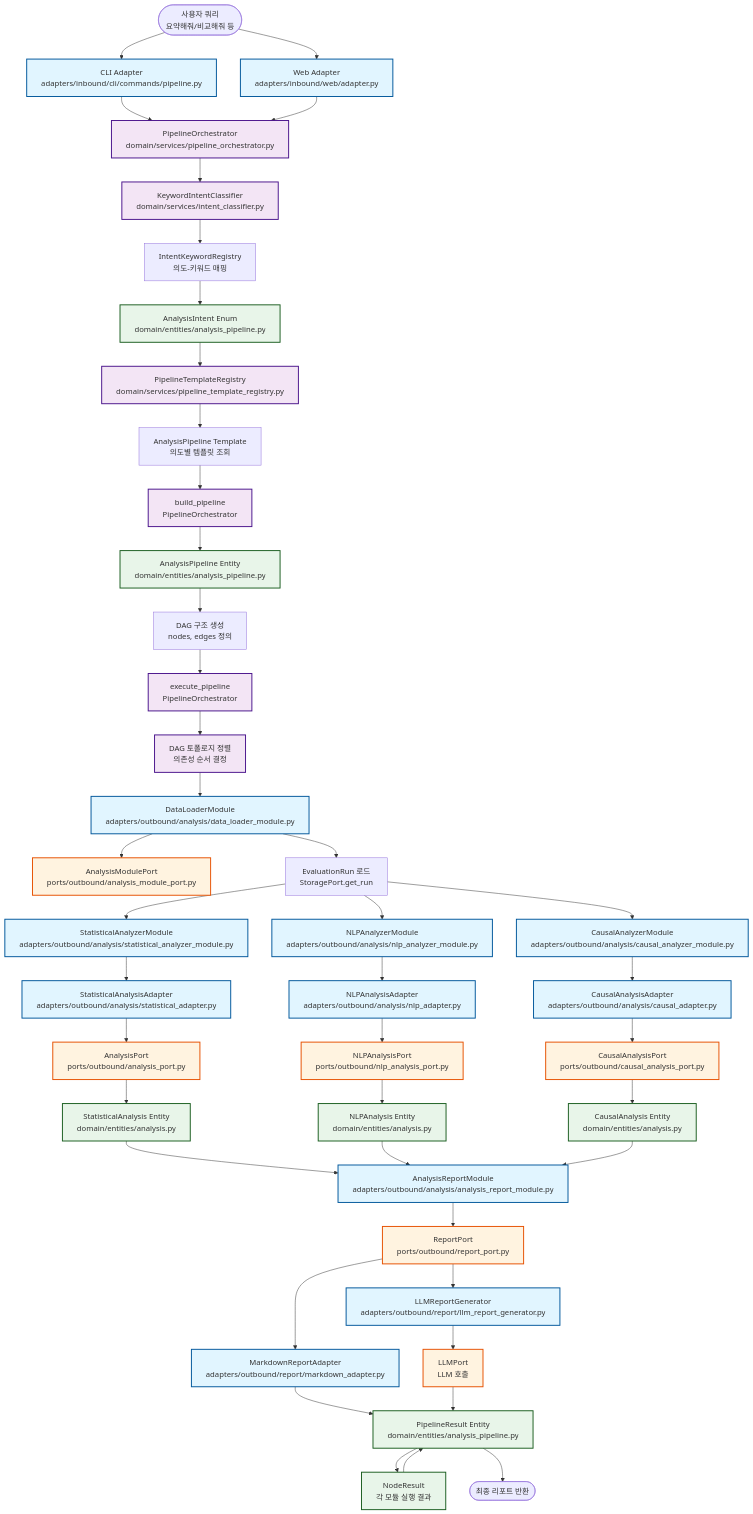
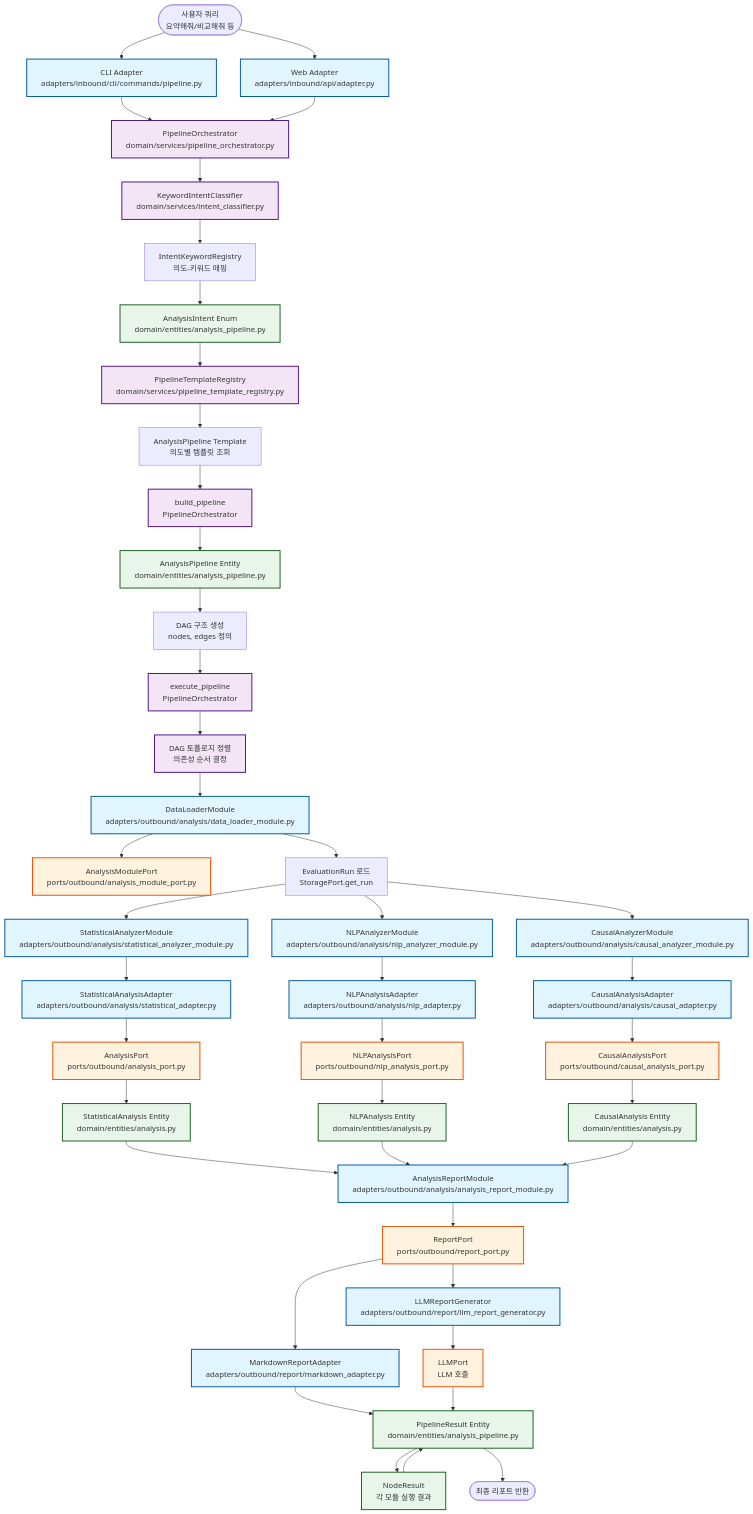
One commit to ntts9990/EvalVault changed the second of 6 diagrams in docs/internal/reference/PROJECT_MAP.md. Above: the diagram before and after it, drawn with Mermaid. The commit also changed other lines of this file and 26 other files, not shown here.

````diff
--- a/docs/internal/reference/PROJECT_MAP.md
+++ b/docs/internal/reference/PROJECT_MAP.md
@@ -638,76 +634,76 @@
 ```mermaid
 flowchart TD
     Start([사용자 쿼리<br/>요약해줘/비교해줘 등]) --> CLI[CLI Adapter<br/>adapters/inbound/cli/commands/pipeline.py]
-    Start --> Web[Web Adapter<br/>adapters/inbound/web/adapter.py]
+    Start --> Web[Web Adapter<br/>adapters/inbound/api/adapter.py]
 
     CLI --> PipelineOrch[PipelineOrchestrator<br/>domain/services/pipeline_orchestrator.py]
     Web --> PipelineOrch
 
     PipelineOrch --> IntentClassifier[KeywordIntentClassifier<br/>domain/services/intent_classifier.py]
 
     IntentClassifier --> IntentKeywordRegistry[IntentKeywordRegistry<br/>의도-키워드 매핑]
     IntentKeywordRegistry --> AnalysisIntent[AnalysisIntent Enum<br/>domain/entities/analysis_pipeline.py]
 
     AnalysisIntent --> TemplateRegistry[PipelineTemplateRegistry<br/>domain/services/pipeline_template_registry.py]
 
     TemplateRegistry --> Template[AnalysisPipeline Template<br/>의도별 템플릿 조회]
 
     Template --> BuildPipeline[build_pipeline<br/>PipelineOrchestrator]
 
     BuildPipeline --> AnalysisPipeline[AnalysisPipeline Entity<br/>domain/entities/analysis_pipeline.py]
 
     AnalysisPipeline --> DAG[DAG 구조 생성<br/>nodes, edges 정의]
 
     DAG --> ExecutePipeline[execute_pipeline<br/>PipelineOrchestrator]
 
     ExecutePipeline --> TopologySort[DAG 토폴로지 정렬<br/>의존성 순서 결정]
 
     TopologySort --> DataLoader[DataLoaderModule<br/>adapters/outbound/analysis/data_loader_module.py]
 
     DataLoader --> AnalysisModulePort[AnalysisModulePort<br/>ports/outbound/analysis_module_port.py]
 
     DataLoader --> LoadRun[EvaluationRun 로드<br/>StoragePort.get_run]
 
     LoadRun --> StatisticalModule[StatisticalAnalyzerModule<br/>adapters/outbound/analysis/statistical_analyzer_module.py]
     LoadRun --> NLPModule[NLPAnalyzerModule<br/>adapters/outbound/analysis/nlp_analyzer_module.py]
     LoadRun --> CausalModule[CausalAnalyzerModule<br/>adapters/outbound/analysis/causal_analyzer_module.py]
 
     StatisticalModule --> StatisticalAdapter[StatisticalAnalysisAdapter<br/>adapters/outbound/analysis/statistical_adapter.py]
     StatisticalAdapter --> AnalysisPort[AnalysisPort<br/>ports/outbound/analysis_port.py]
     AnalysisPort --> StatisticalAnalysis[StatisticalAnalysis Entity<br/>domain/entities/analysis.py]
 
     NLPModule --> NLPAdapter[NLPAnalysisAdapter<br/>adapters/outbound/analysis/nlp_adapter.py]
     NLPAdapter --> NLPAnalysisPort[NLPAnalysisPort<br/>ports/outbound/nlp_analysis_port.py]
     NLPAnalysisPort --> NLPAnalysis[NLPAnalysis Entity<br/>domain/entities/analysis.py]
 
     CausalModule --> CausalAdapter[CausalAnalysisAdapter<br/>adapters/outbound/analysis/causal_adapter.py]
     CausalAdapter --> CausalAnalysisPort[CausalAnalysisPort<br/>ports/outbound/causal_analysis_port.py]
     CausalAnalysisPort --> CausalAnalysis[CausalAnalysis Entity<br/>domain/entities/analysis.py]
 
     StatisticalAnalysis --> ReportModule[AnalysisReportModule<br/>adapters/outbound/analysis/analysis_report_module.py]
     NLPAnalysis --> ReportModule
     CausalAnalysis --> ReportModule
 
     ReportModule --> ReportPort[ReportPort<br/>ports/outbound/report_port.py]
     ReportPort --> LLMReportGen[LLMReportGenerator<br/>adapters/outbound/report/llm_report_generator.py]
     ReportPort --> MarkdownReport[MarkdownReportAdapter<br/>adapters/outbound/report/markdown_adapter.py]
 
     LLMReportGen --> LLMPort2[LLMPort<br/>LLM 호출]
     MarkdownReport --> PipelineResult[PipelineResult Entity<br/>domain/entities/analysis_pipeline.py]
     LLMPort2 --> PipelineResult
 
     PipelineResult --> NodeResult[NodeResult<br/>각 모듈 실행 결과]
     NodeResult --> PipelineResult
 
     PipelineResult --> Output([최종 리포트 반환])
 
     classDef adapter fill:#e1f5ff,stroke:#01579b,stroke-width:2px
     classDef port fill:#fff3e0,stroke:#e65100,stroke-width:2px
     classDef domain fill:#f3e5f5,stroke:#4a148c,stroke-width:2px
     classDef entity fill:#e8f5e9,stroke:#1b5e20,stroke-width:2px
 
     class CLI,Web,DataLoader,StatisticalModule,NLPModule,CausalModule,StatisticalAdapter,NLPAdapter,CausalAdapter,ReportModule,LLMReportGen,MarkdownReport adapter
     class AnalysisModulePort,AnalysisPort,NLPAnalysisPort,CausalAnalysisPort,ReportPort,LLMPort2 port
     class PipelineOrch,IntentClassifier,TemplateRegistry,BuildPipeline,ExecutePipeline,TopologySort domain
     class AnalysisIntent,AnalysisPipeline,StatisticalAnalysis,NLPAnalysis,CausalAnalysis,PipelineResult,NodeResult entity
 ```
````
